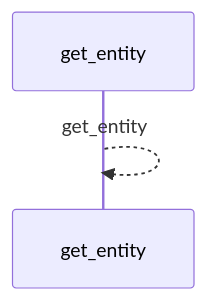
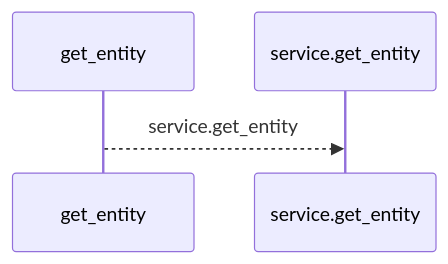
One commit to Denissvgn/python-wiki-llm changed the first of 2 diagrams in docs/llm_wiki/flows/mcp-get_entity.md. Above: the diagram before and after it, drawn with Mermaid. The commit also changed other lines of this file and 719 other files, not shown here.

````diff
--- a/docs/llm_wiki/flows/mcp-get_entity.md
+++ b/docs/llm_wiki/flows/mcp-get_entity.md
@@ -10,5 +10,6 @@
 ```mermaid
 sequenceDiagram
     participant p0 as get_entity
-    p0-->>p0: get_entity
+    participant p1 as service.get_entity
+    p0-->>p1: service.get_entity
 ```
````
